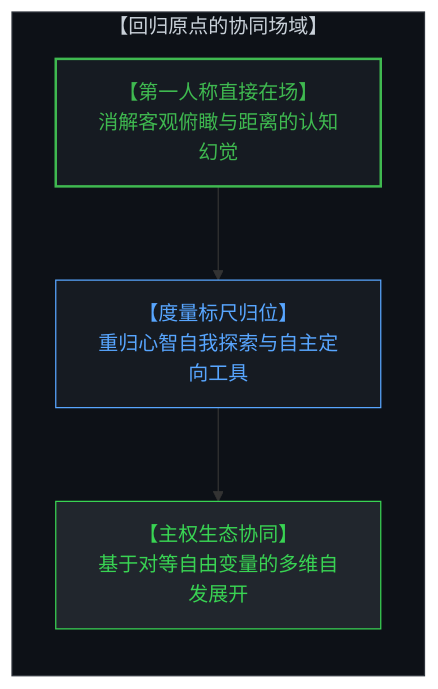
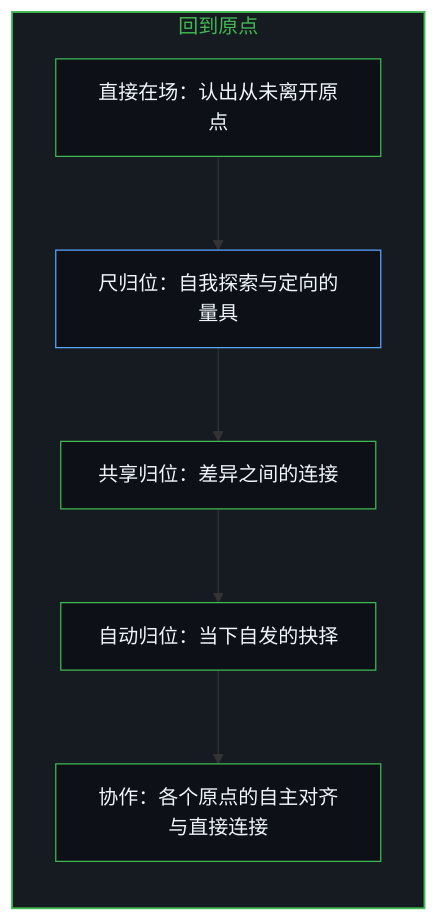
Before and after one commit to powerpig99/not-a-toe: diagram 11 of 12 in content/posts/the-illusion-of-distance-and-the-dual-ruler.md, drawn with Mermaid. The commit also changed other lines of this file, not shown here.

Commit message:
Refine the-illusion-of-distance-and-the-dual-ruler: alternating bilingual layout, six paired diagrams, rules and the statistical overlap given their use, implicit first person

````diff
--- a/content/posts/the-illusion-of-distance-and-the-dual-ruler.md
+++ b/content/posts/the-illusion-of-distance-and-the-dual-ruler.md
@@ -201,15 +299,22 @@
 ```mermaid
-graph TD
-    subgraph GroundedPresence["【回归原点的协同场域】"]
+flowchart TD
+    subgraph S_Return["回到原点"]
         direction TB
-        DirectPresence["【第一人称直接在场】<br>消解客观俯瞰与距离的认知幻觉"]
-        LocalTools["【度量标尺归位】<br>重归心智自我探索与自主定向工具"]
-        SovereignEcology["【主权生态协同】<br>基于对等自由变量的多维自发展开"]
-        DirectPresence --> LocalTools
-        LocalTools --> SovereignEcology
+        Present["直接在场：认出从未离开原点"]
+        Tools["尺归位：自我探索与定向的量具"]
+        Shared["共享归位：差异之间的连接"]
+        Auto["自动归位：当下自发的抉择"]
+        Coord["协作：各个原点的自主对齐与直接连接"]
+        Present --> Tools
+        Tools --> Shared
+        Shared --> Auto
+        Auto --> Coord
     end
-    style GroundedPresence fill:#0d1117,stroke:#30363d,stroke-width:1px,color:#c9d1d9
-    style DirectPresence fill:#161b22,stroke:#3fb950,stroke-width:2px,color:#3fb950
-    style LocalTools fill:#161b22,stroke:#58a6ff,stroke-width:1px,color:#58a6ff
-    style SovereignEcology fill:#21262d,stroke:#39d353,stroke-width:1px,color:#39d353
+
+    style S_Return fill:#161b22,stroke:#3fb950,stroke-width:1.5px,color:#3fb950
+    style Present fill:#0d1117,stroke:#3fb950,stroke-width:1px,color:#f0f6fc
+    style Tools fill:#0d1117,stroke:#58a6ff,stroke-width:1px,color:#f0f6fc
+    style Shared fill:#0d1117,stroke:#3fb950,stroke-width:1px,color:#f0f6fc
+    style Auto fill:#0d1117,stroke:#3fb950,stroke-width:1px,color:#f0f6fc
+    style Coord fill:#0d1117,stroke:#3fb950,stroke-width:1px,color:#f0f6fc
 ```
````
